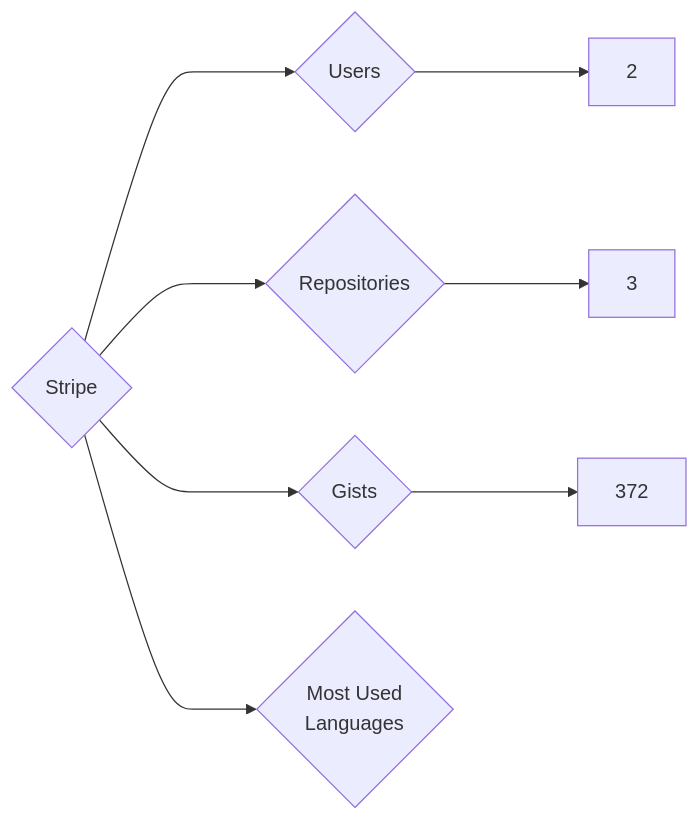
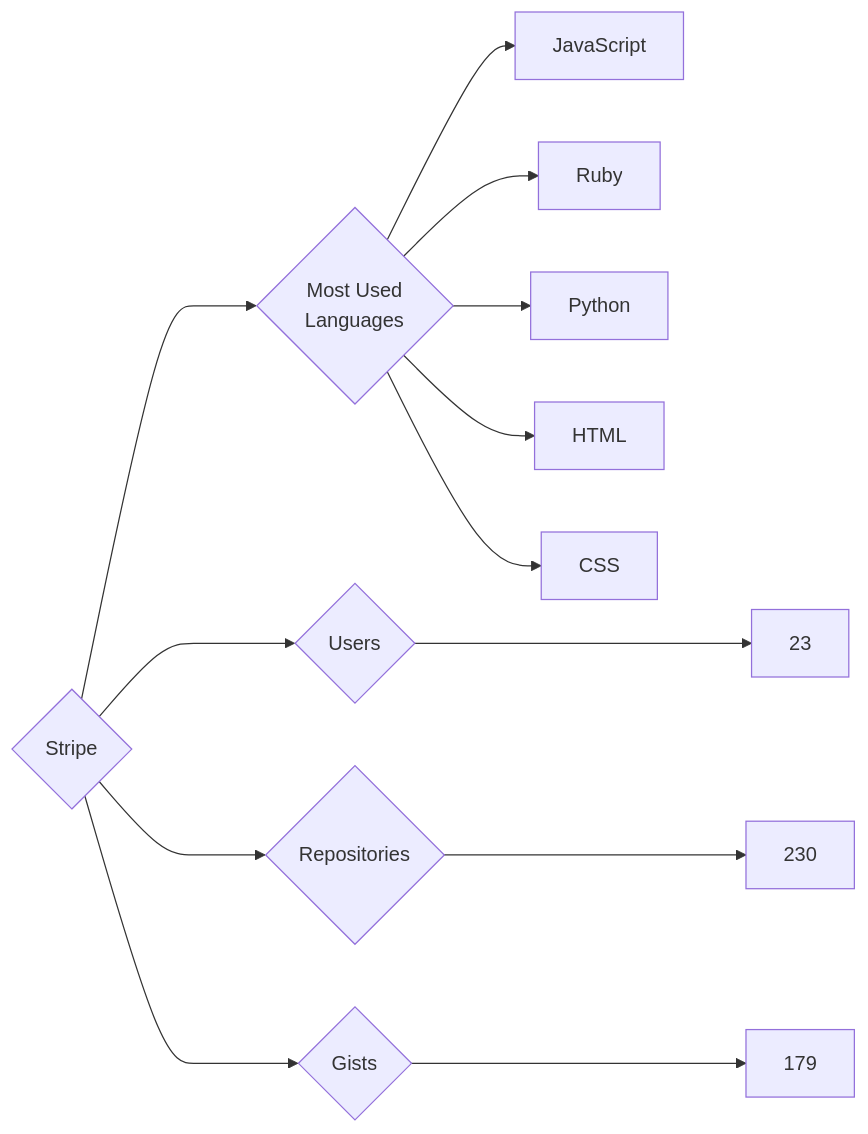
The diagram in targets/Stripe/README.md (trickest/insiders), drawn with Mermaid before and after one commit. The commit also changed 903 other files, not shown here.

````diff
--- a/targets/Stripe/README.md
+++ b/targets/Stripe/README.md
@@ -3,8 +3,13 @@
 ```mermaid
 graph LR
 COMPANY_NAME{Stripe}
-COMPANY_NAME ---> U{Users} ---> UN[2]
-COMPANY_NAME ---> R{Repositories} ---> RN[3]
-COMPANY_NAME ---> G{Gists} ---> GN[372]
+COMPANY_NAME ---> U{Users} ---> UN[23]
+COMPANY_NAME ---> R{Repositories} ---> RN[230]
+COMPANY_NAME ---> G{Gists} ---> GN[179]
 COMPANY_NAME ---> ML{Most Used<br>Languages}
+ML --> JavaScript[JavaScript]
+ML --> Ruby[Ruby]
+ML --> Python[Python]
+ML --> HTML[HTML]
+ML --> CSS[CSS]
 ```
````
